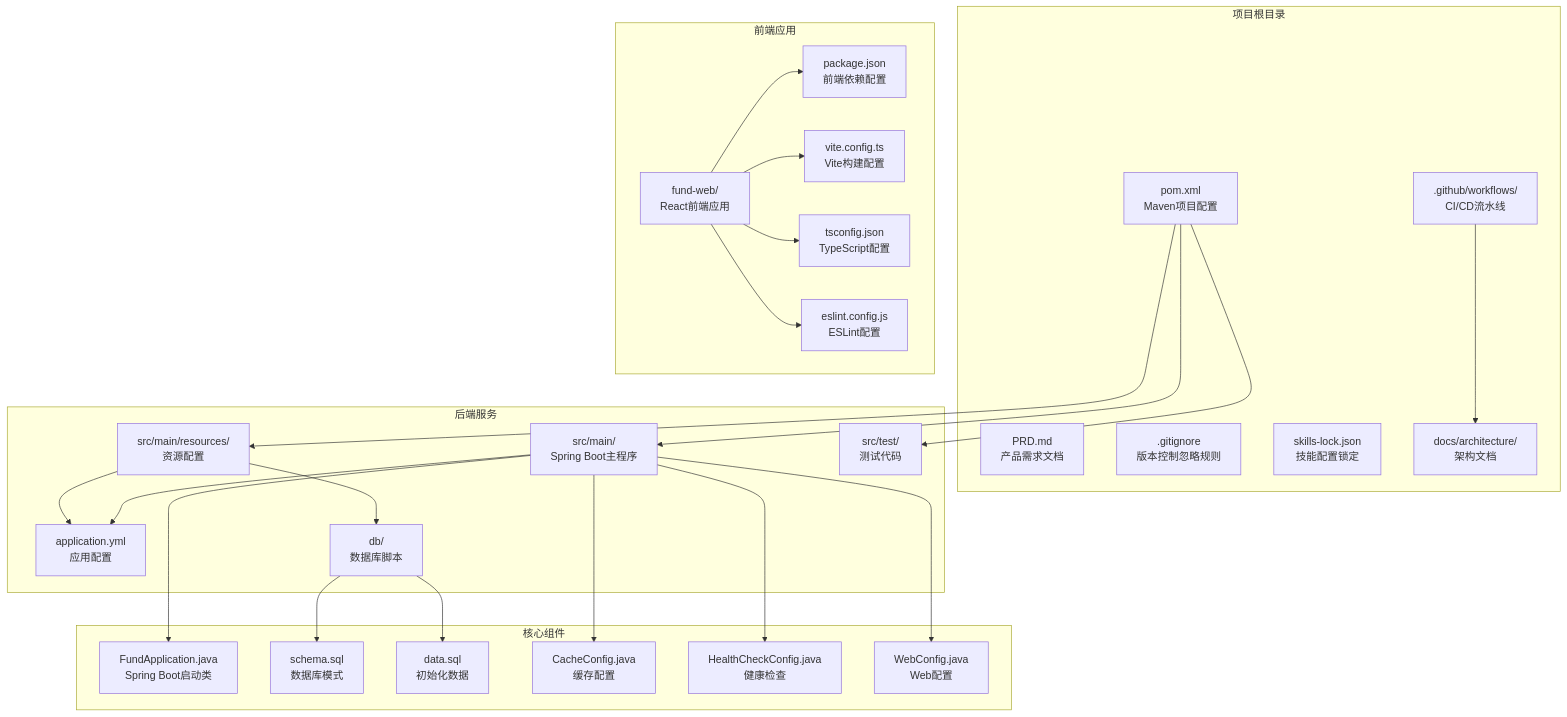
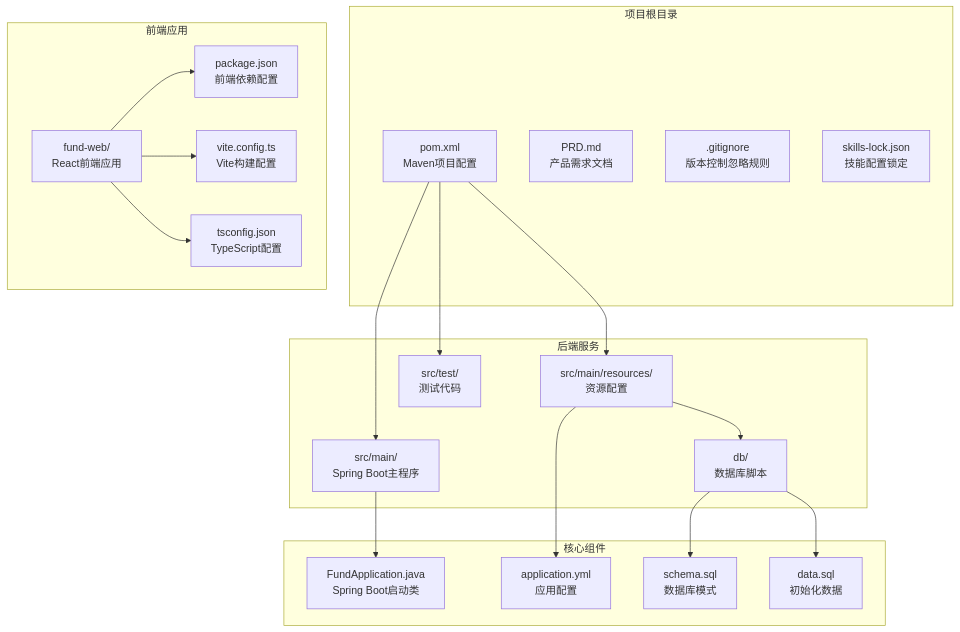
One commit to gree-coder/fund-butler changed the first of 6 diagrams in .qoder/repowiki/zh/content/部署指南.md. Above: the diagram before and after it, drawn with Mermaid. The commit also changed other lines of this file and 21 other files, not shown here.

````diff
--- a/.qoder/repowiki/zh/content/部署指南.md
+++ b/.qoder/repowiki/zh/content/部署指南.md
@@ -60,51 +51,38 @@
 ```mermaid
 graph TB
 subgraph "项目根目录"
 Root[pom.xml<br/>Maven项目配置]
 PRD[PRD.md<br/>产品需求文档]
 Git[.gitignore<br/>版本控制忽略规则]
 SkillsLock[skills-lock.json<br/>技能配置锁定]
-Workflow[.github/workflows/<br/>CI/CD流水线]
-ArchDoc[docs/architecture/<br/>架构文档]
 end
 subgraph "后端服务"
 Main[src/main/<br/>Spring Boot主程序]
-Config[src/main/java/com/qoder/fund/config/<br/>配置类]
 Resources[src/main/resources/<br/>资源配置]
 DB[db/<br/>数据库脚本]
 Test[src/test/<br/>测试代码]
 end
 subgraph "前端应用"
 Web[fund-web/<br/>React前端应用]
 Package[package.json<br/>前端依赖配置]
 Vite[vite.config.ts<br/>Vite构建配置]
 TS[tsconfig.json<br/>TypeScript配置]
-ESLint[eslint.config.js<br/>ESLint配置]
 end
 subgraph "核心组件"
 App[FundApplication.java<br/>Spring Boot启动类]
 Config[application.yml<br/>应用配置]
 Schema[schema.sql<br/>数据库模式]
 Data[data.sql<br/>初始化数据]
-Cache[CacheConfig.java<br/>缓存配置]
-Health[HealthCheckConfig.java<br/>健康检查]
-WebCfg[WebConfig.java<br/>Web配置]
 end
 Root --> Main
 Root --> Resources
 Root --> Test
 Main --> App
-Main --> Config
-Main --> Cache
-Main --> Health
-Main --> WebCfg
 Resources --> Config
 Resources --> DB
 DB --> Schema
 DB --> Data
 Web --> Package
 Web --> Vite
 Web --> TS
-Web --> ESLint
-Workflow --> ArchDoc
 ```
````
